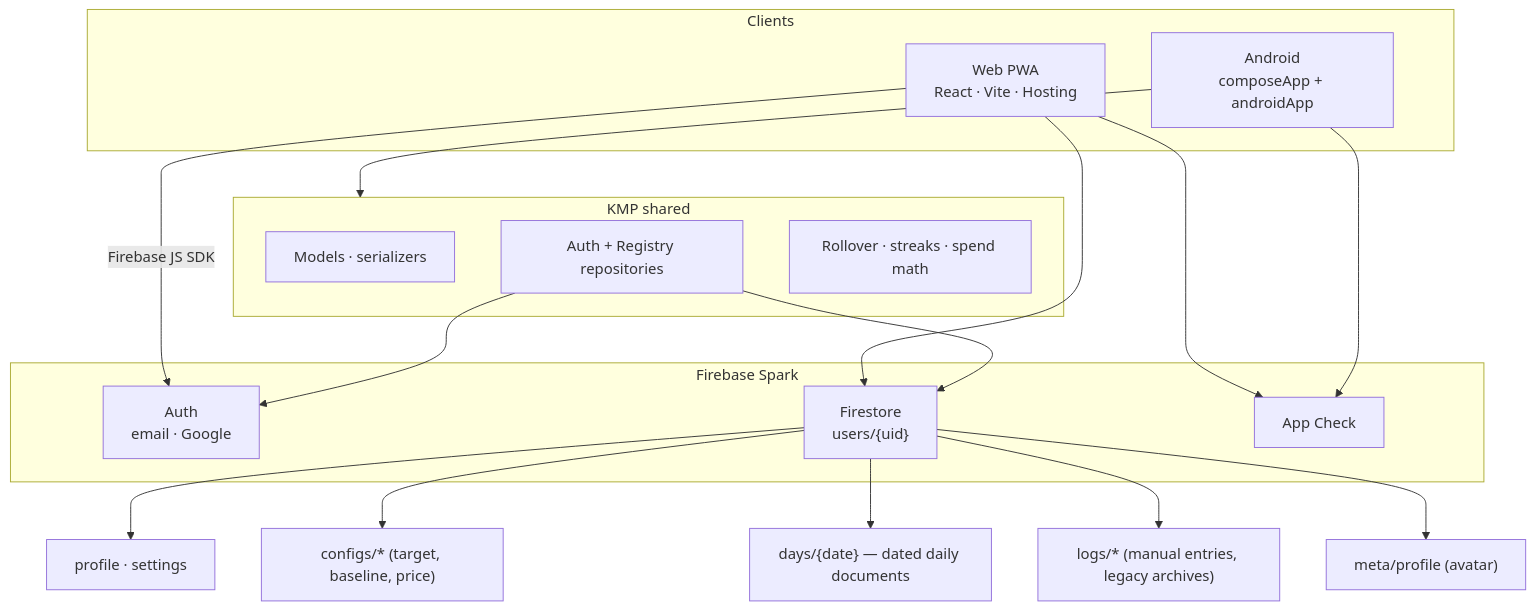
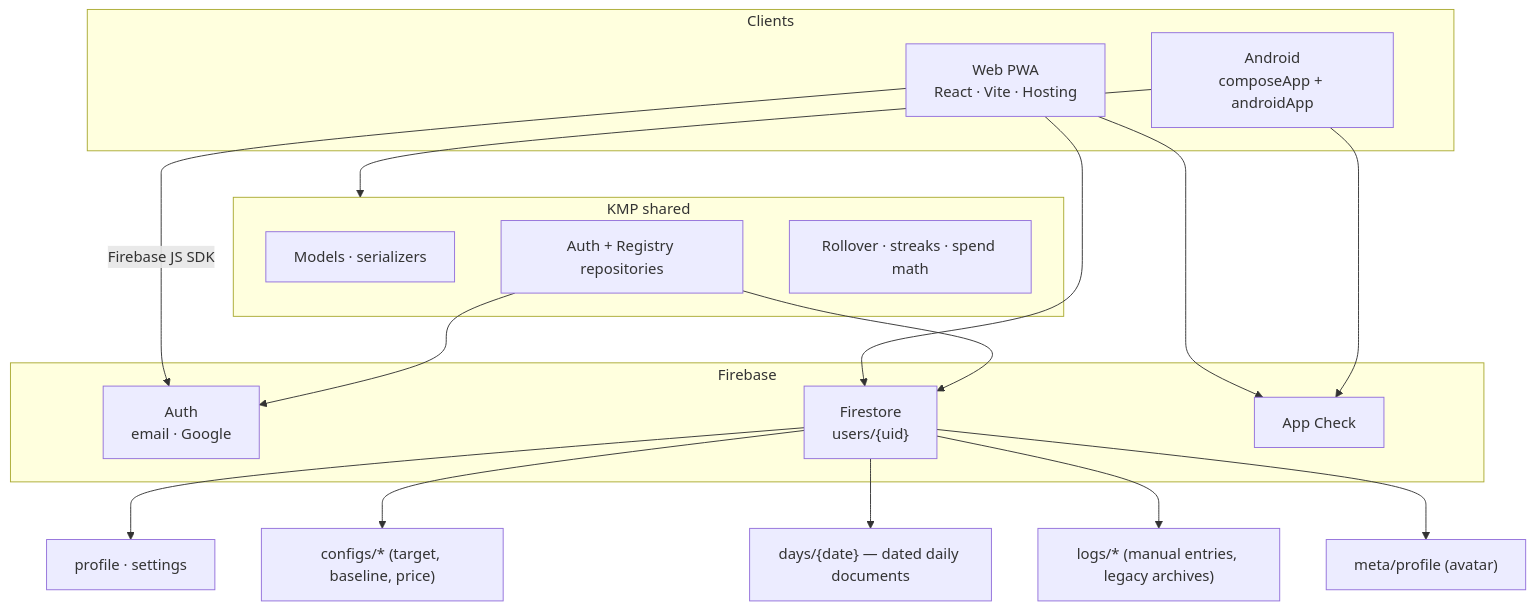
Before and after one commit to shareef01/tabakpp: the first of 2 diagrams in README.md, drawn with Mermaid. The commit also changed other lines of this file, not shown here.

````diff
--- a/README.md
+++ b/README.md
@@ -71,33 +98,33 @@
 ```mermaid
 flowchart TB
   subgraph clients [Clients]
     Android["Android<br/>composeApp + androidApp"]
     Web["Web PWA<br/>React · Vite · Hosting"]
   end
 
   subgraph kmp [KMP shared]
     Models["Models · serializers"]
     Repos["Auth + Registry repositories"]
     Domain["Rollover · streaks · spend math"]
   end
 
-  subgraph firebase [Firebase Spark]
+  subgraph firebase [Firebase]
     Auth["Auth<br/>email · Google"]
     FS["Firestore<br/>users/{uid}"]
     AC["App Check"]
   end
 
   Android --> kmp
   Web -->|"Firebase JS SDK"| Auth
   Web --> FS
   Web --> AC
   Repos --> Auth
   Repos --> FS
   Android --> AC
 
   FS --> Profile["profile · settings"]
   FS --> Configs["configs/* (target, baseline, price)"]
   FS --> Days["days/{date} — dated daily documents"]
   FS --> Logs["logs/* (manual entries, legacy archives)"]
   FS --> Meta["meta/profile (avatar)"]
 ```
````
